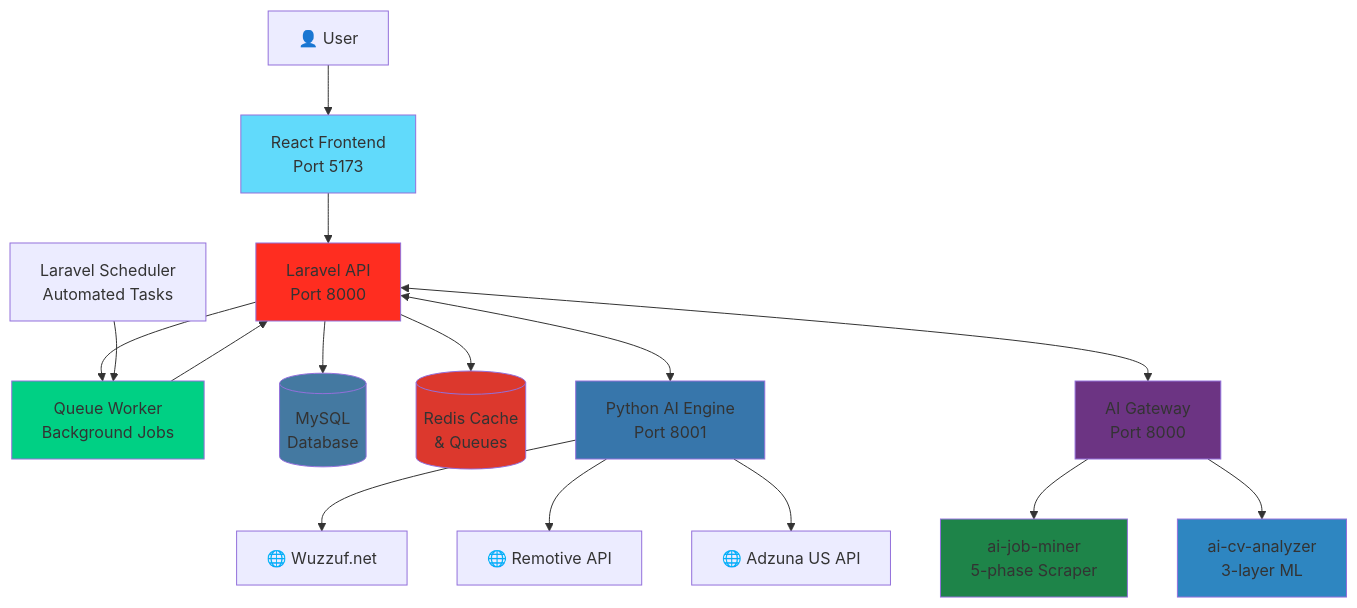
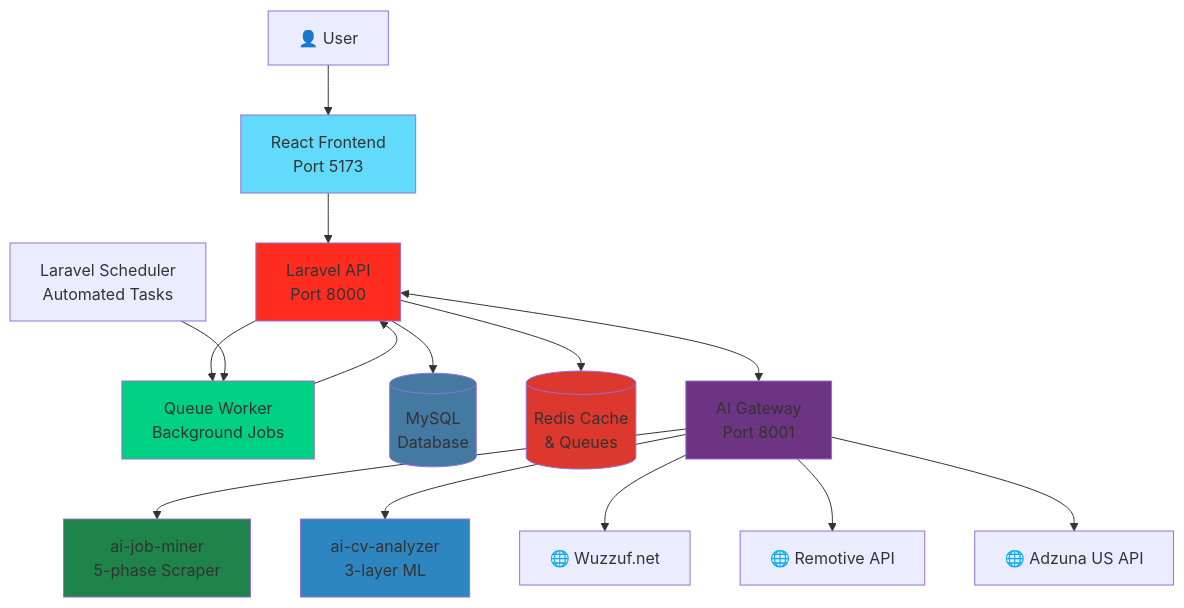
Before and after one commit to YousefAlTohamy/CareerCompass: the first of 6 diagrams in README.md, drawn with Mermaid. The commit also changed other lines of this file and 6 other files, not shown here.

Commit message:
fix(api): resolve CV upload deadlock and migrate AI Gateway to port 8001

````diff
--- a/README.md
+++ b/README.md
@@ -20,27 +20,25 @@
 ```mermaid
 graph TB
     User[👤 User] --> Frontend[React Frontend<br/>Port 5173]
     Frontend --> Laravel[Laravel API<br/>Port 8000]
     Laravel --> Queue[Queue Worker<br/>Background Jobs]
     Laravel --> MySQL[(MySQL<br/>Database)]
     Laravel --> Redis[(Redis Cache<br/>& Queues)]
-    Laravel <--> LegacyAI[Python AI Engine<br/>Port 8001]
-    Laravel <--> Gateway[AI Gateway<br/>Port 8000]
+    Laravel <--> Gateway[AI Gateway<br/>Port 8001]
     Gateway --> JobMiner[ai-job-miner<br/>5-phase Scraper]
     Gateway --> CVAnalyzer[ai-cv-analyzer<br/>3-layer ML]
-    LegacyAI --> Wuzzuf[🌐 Wuzzuf.net]
-    LegacyAI --> Remotive[🌐 Remotive API]
-    LegacyAI --> Adzuna[🌐 Adzuna US API]
+    Gateway --> Wuzzuf[🌐 Wuzzuf.net]
+    Gateway --> Remotive[🌐 Remotive API]
+    Gateway --> Adzuna[🌐 Adzuna US API]
     Queue --> Laravel
     Scheduler[Laravel Scheduler<br/>Automated Tasks] --> Queue
 
     style Frontend fill:#61dafb
     style Laravel fill:#ff2d20
-    style LegacyAI fill:#3776ab
     style Gateway fill:#6c3483
     style JobMiner fill:#1e8449
     style CVAnalyzer fill:#2e86c1
     style MySQL fill:#4479a1
     style Redis fill:#dc382d
     style Queue fill:#00d084
 ```
````
